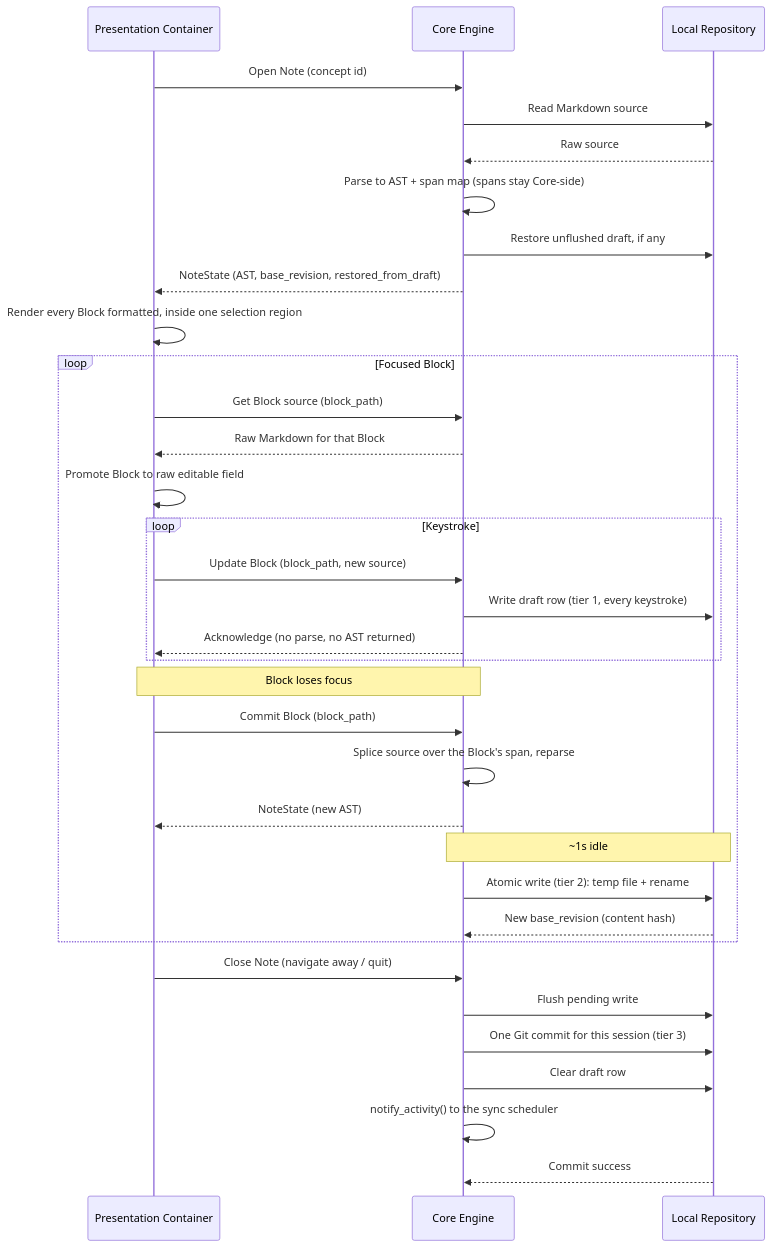
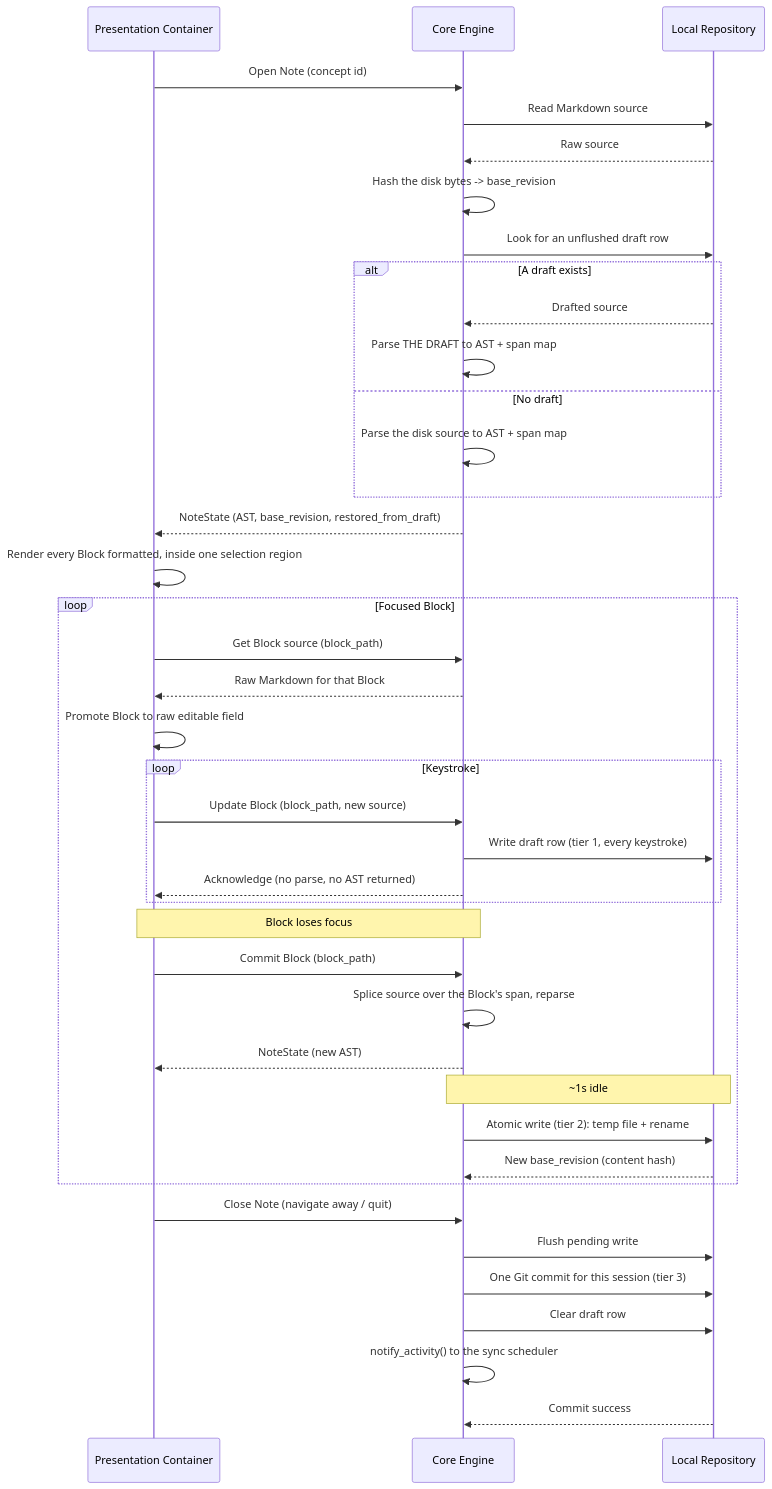
The diagram in .constitution/architecture/flows/flow-edit-note.md (SkrOYC/burlmd), drawn with Mermaid before and after one commit. The commit also changed other lines of this file and 11 other files, not shown here.

````diff
--- a/.constitution/architecture/flows/flow-edit-note.md
+++ b/.constitution/architecture/flows/flow-edit-note.md
@@ -5,43 +5,49 @@
 ```mermaid
 sequenceDiagram
     participant UI as Presentation Container
     participant Core as Core Engine
     participant Local as Local Repository
 
     UI->>Core: Open Note (concept id)
     Core->>Local: Read Markdown source
     Local-->>Core: Raw source
-    Core->>Core: Parse to AST + span map (spans stay Core-side)
-    Core->>Local: Restore unflushed draft, if any
+    Core->>Core: Hash the disk bytes -> base_revision
+    Core->>Local: Look for an unflushed draft row
+    alt A draft exists
+        Local-->>Core: Drafted source
+        Core->>Core: Parse THE DRAFT to AST + span map
+    else No draft
+        Core->>Core: Parse the disk source to AST + span map
+    end
     Core-->>UI: NoteState (AST, base_revision, restored_from_draft)
 
     UI->>UI: Render every Block formatted, inside one selection region
 
     loop Focused Block
         UI->>Core: Get Block source (block_path)
         Core-->>UI: Raw Markdown for that Block
         UI->>UI: Promote Block to raw editable field
 
         loop Keystroke
             UI->>Core: Update Block (block_path, new source)
             Core->>Local: Write draft row (tier 1, every keystroke)
             Core-->>UI: Acknowledge (no parse, no AST returned)
         end
 
         Note over UI,Core: Block loses focus
         UI->>Core: Commit Block (block_path)
         Core->>Core: Splice source over the Block's span, reparse
         Core-->>UI: NoteState (new AST)
 
         Note over Core,Local: ~1s idle
         Core->>Local: Atomic write (tier 2): temp file + rename
         Local-->>Core: New base_revision (content hash)
     end
 
     UI->>Core: Close Note (navigate away / quit)
     Core->>Local: Flush pending write
     Core->>Local: One Git commit for this session (tier 3)
     Core->>Local: Clear draft row
     Core->>Core: notify_activity() to the sync scheduler
     Local-->>Core: Commit success
 ```
````
